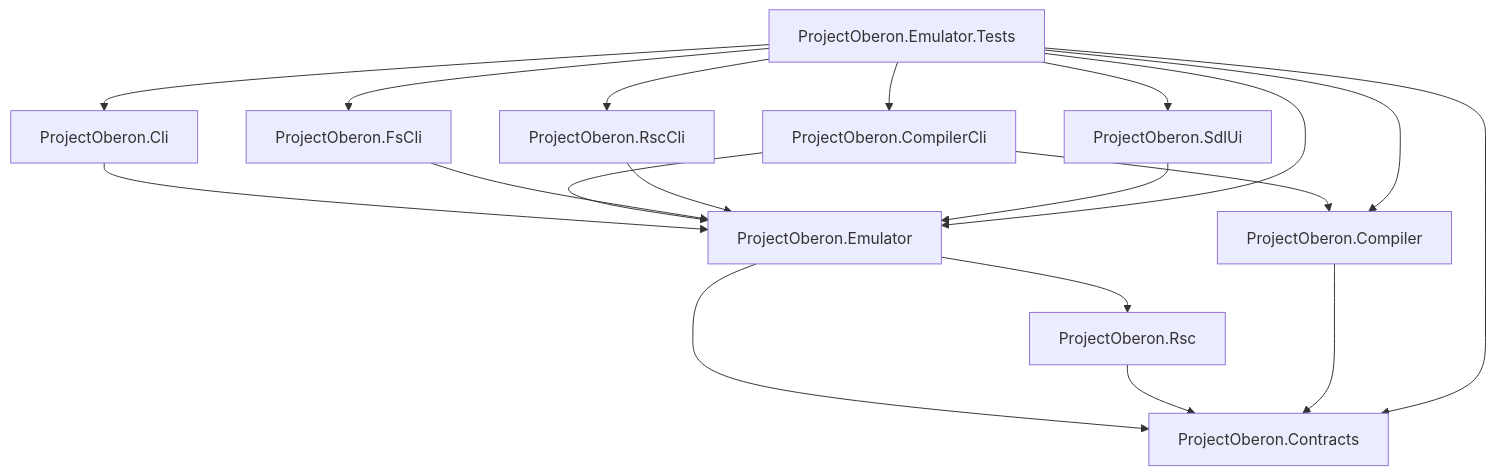
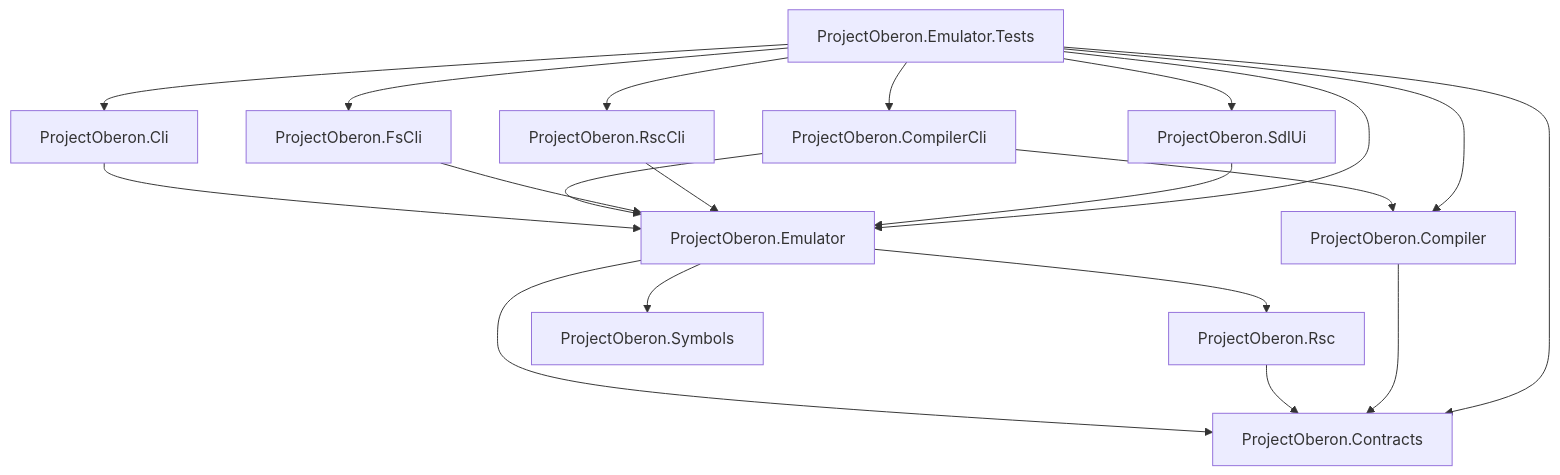
One commit to berkankarakus/ProjectOberon.NET changed the diagram in docs/architecture.md. Above: the diagram before and after it, drawn with Mermaid. The commit also changed other lines of this file and 1 other file, not shown here.

Commit message:
docs: describe SMB symbol layer

````diff
--- a/docs/architecture.md
+++ b/docs/architecture.md
@@ -7,32 +7,34 @@
 ```mermaid
 flowchart TD
     Contracts[ProjectOberon.Contracts]
     RscLib[ProjectOberon.Rsc]
+    Symbols[ProjectOberon.Symbols]
     Core[ProjectOberon.Emulator]
     CompilerLib[ProjectOberon.Compiler]
     Cli[ProjectOberon.Cli]
     Compiler[ProjectOberon.CompilerCli]
     Fs[ProjectOberon.FsCli]
     Rsc[ProjectOberon.RscCli]
     Sdl[ProjectOberon.SdlUi]
     Tests[ProjectOberon.Emulator.Tests]
 
     Core --> Contracts
     RscLib --> Contracts
     Core --> RscLib
+    Core --> Symbols
     CompilerLib --> Contracts
     Cli --> Core
     Compiler --> Core
     Compiler --> CompilerLib
     Fs --> Core
     Rsc --> Core
     Sdl --> Core
     Tests --> Contracts
     Tests --> Core
     Tests --> CompilerLib
     Tests --> Cli
     Tests --> Compiler
     Tests --> Fs
     Tests --> Rsc
     Tests --> Sdl
 ```
````
